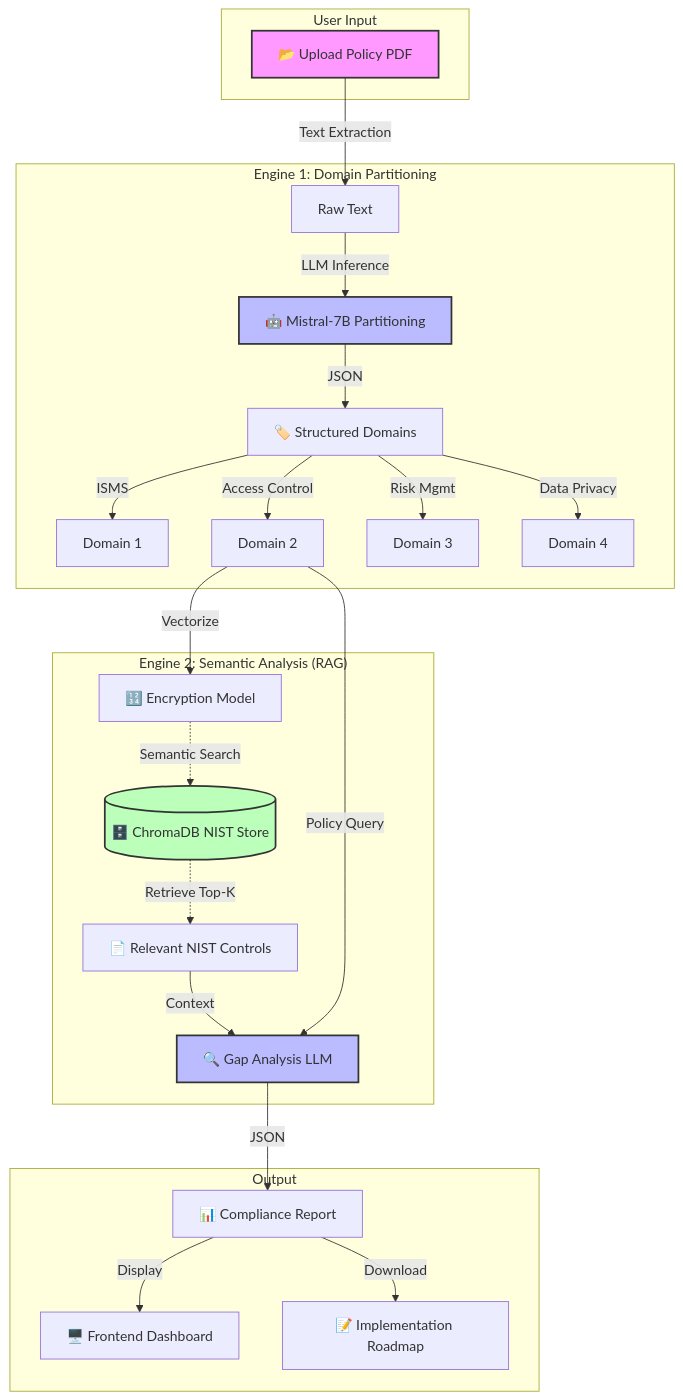
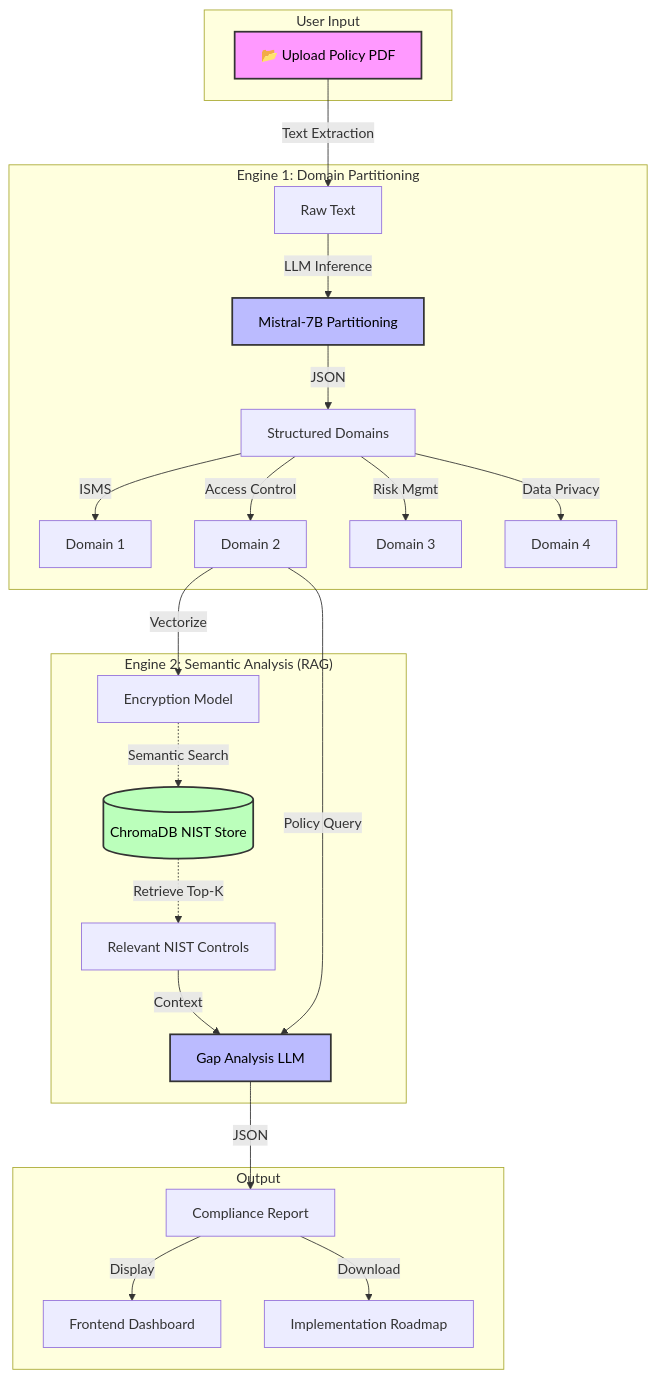
Before and after one commit to ASN-cmd/blind-coders: the diagram in README.md, drawn with Mermaid. The commit also changed other lines of this file, not shown here.

````diff
--- a/README.md
+++ b/README.md
@@ -198,38 +198,38 @@
 ```mermaid
 graph TD
     subgraph "User Input"
         PDF[📂 Upload Policy PDF]
     end
 
     subgraph "Engine 1: Domain Partitioning"
         PDF -->|Text Extraction| RAW[Raw Text]
-        RAW -->|LLM Inference| PART[🤖 Mistral-7B Partitioning]
-        PART -->|JSON| DOMAINS[🏷️ Structured Domains]
+        RAW -->|LLM Inference| PART[Mistral-7B Partitioning]
+        PART -->|JSON| DOMAINS[Structured Domains]
         
         DOMAINS -- "ISMS" --> D1[Domain 1]
         DOMAINS -- "Access Control" --> D2[Domain 2]
         DOMAINS -- "Risk Mgmt" --> D3[Domain 3]
         DOMAINS -- "Data Privacy" --> D4[Domain 4]
     end
 
     subgraph "Engine 2: Semantic Analysis (RAG)"
-        D2 -->|Vectorize| EMB[🔢 Encryption Model]
+        D2 -->|Vectorize| EMB[Encryption Model]
         
-        DB[(🗄️ ChromaDB NIST Store)] -.->|Retrieve Top-K| REL[📄 Relevant NIST Controls]
+        DB[(ChromaDB NIST Store)] -.->|Retrieve Top-K| REL[Relevant NIST Controls]
         EMB -.->|Semantic Search| DB
         
-        REL -->|Context| GAP[🔍 Gap Analysis LLM]
+        REL -->|Context| GAP[Gap Analysis LLM]
         D2 -->|Policy Query| GAP
     end
 
     subgraph "Output"
-        GAP -->|JSON| REPORT[📊 Compliance Report]
-        REPORT -->|Display| UI[🖥️ Frontend Dashboard]
-        REPORT -->|Download| ROADMAP[📝 Implementation Roadmap]
+        GAP -->|JSON| REPORT[Compliance Report]
+        REPORT -->|Display| UI[Frontend Dashboard]
+        REPORT -->|Download| ROADMAP[Implementation Roadmap]
     end
 
-    style PDF fill:#f9f,stroke:#333,stroke-width:2px
-    style PART fill:#bbf,stroke:#333,stroke-width:2px
-    style GAP fill:#bbf,stroke:#333,stroke-width:2px
-    style DB fill:#bfb,stroke:#333,stroke-width:2px
+    style PDF fill:#f9f,stroke:#333,stroke-width:2px,color:#000
+    style PART fill:#bbf,stroke:#333,stroke-width:2px,color:#000
+    style GAP fill:#bbf,stroke:#333,stroke-width:2px,color:#000
+    style DB fill:#bfb,stroke:#333,stroke-width:2px,color:#000
 ```
````
